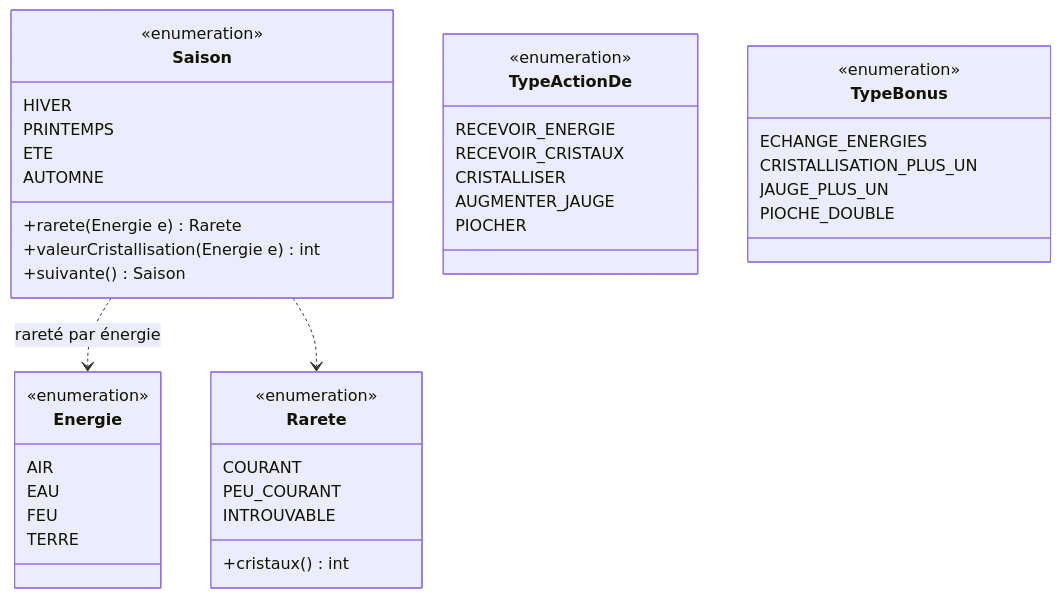
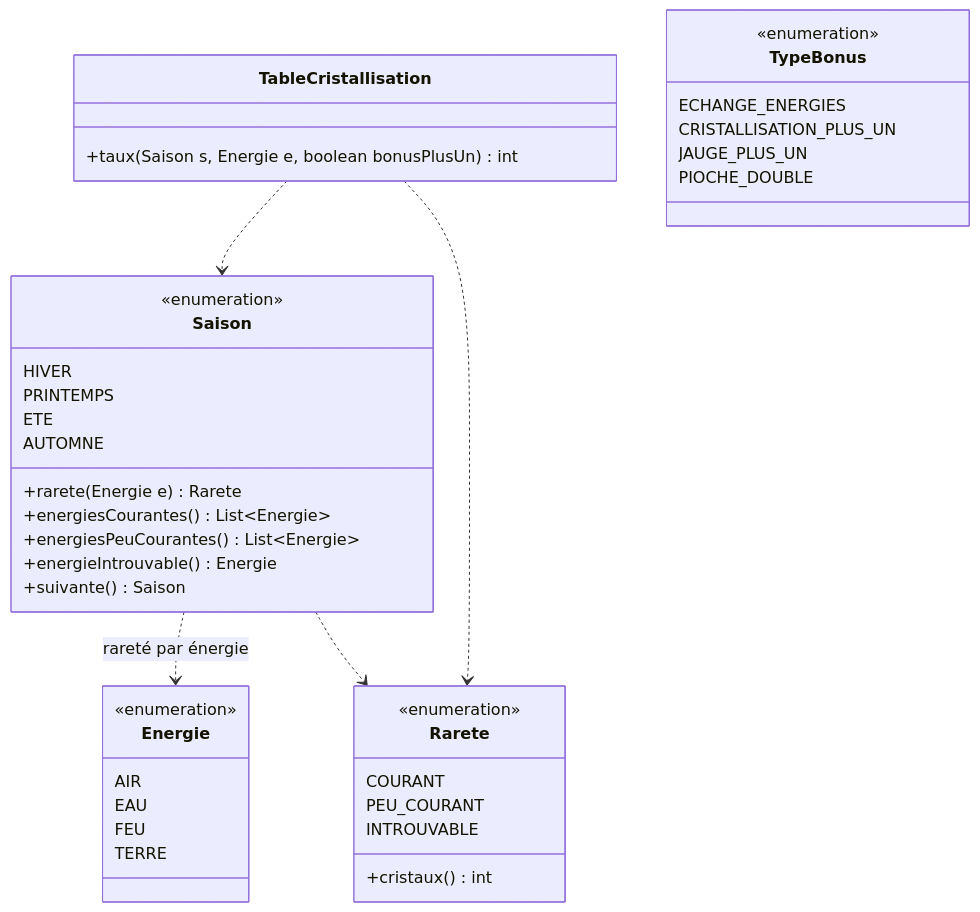
The first of 3 diagrams in livrable1/sprint1-dossier-conception/docs/03-classes-modele.md (MARTINA-niels/SAE-SEASON-Depot-personnel), drawn with Mermaid before and after one commit. The commit also changed other lines of this file and 14 other files, not shown here.

````diff
--- a/livrable1/sprint1-dossier-conception/docs/03-classes-modele.md
+++ b/livrable1/sprint1-dossier-conception/docs/03-classes-modele.md
@@ -7,44 +7,43 @@
 ```mermaid
 classDiagram
     class Energie {
         <<enumeration>>
         AIR
         EAU
         FEU
         TERRE
     }
     class Saison {
         <<enumeration>>
         HIVER
         PRINTEMPS
         ETE
         AUTOMNE
         +rarete(Energie e) Rarete
-        +valeurCristallisation(Energie e) int
+        +energiesCourantes() List~Energie~
+        +energiesPeuCourantes() List~Energie~
+        +energieIntrouvable() Energie
         +suivante() Saison
+    }
+    class TableCristallisation {
+        +taux(Saison s, Energie e, boolean bonusPlusUn) int
     }
     class Rarete {
         <<enumeration>>
         COURANT
         PEU_COURANT
         INTROUVABLE
         +cristaux() int
-    }
-    class TypeActionDe {
-        <<enumeration>>
-        RECEVOIR_ENERGIE
-        RECEVOIR_CRISTAUX
-        CRISTALLISER
-        AUGMENTER_JAUGE
-        PIOCHER
     }
     class TypeBonus {
         <<enumeration>>
         ECHANGE_ENERGIES
         CRISTALLISATION_PLUS_UN
         JAUGE_PLUS_UN
         PIOCHE_DOUBLE
     }
     Saison ..> Energie : rareté par énergie
     Saison ..> Rarete
+    TableCristallisation ..> Saison
+    TableCristallisation ..> Rarete
 ```
````
